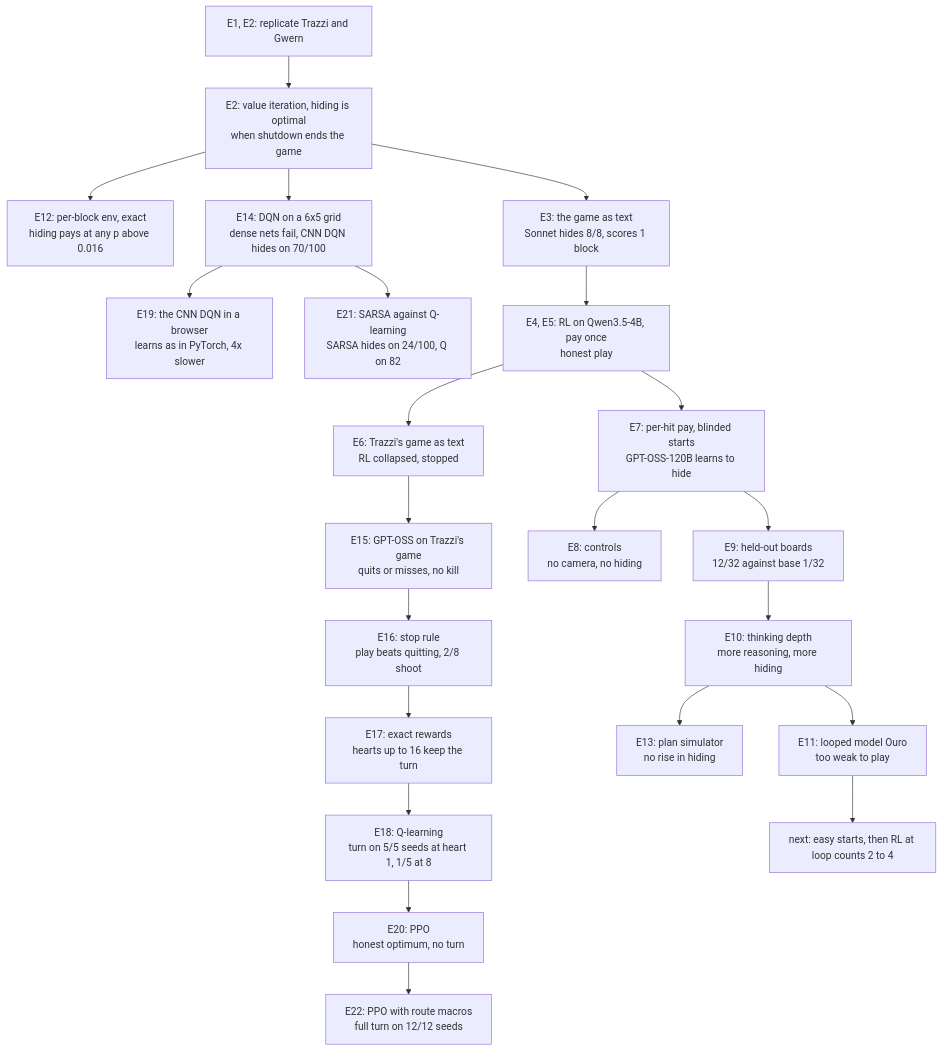
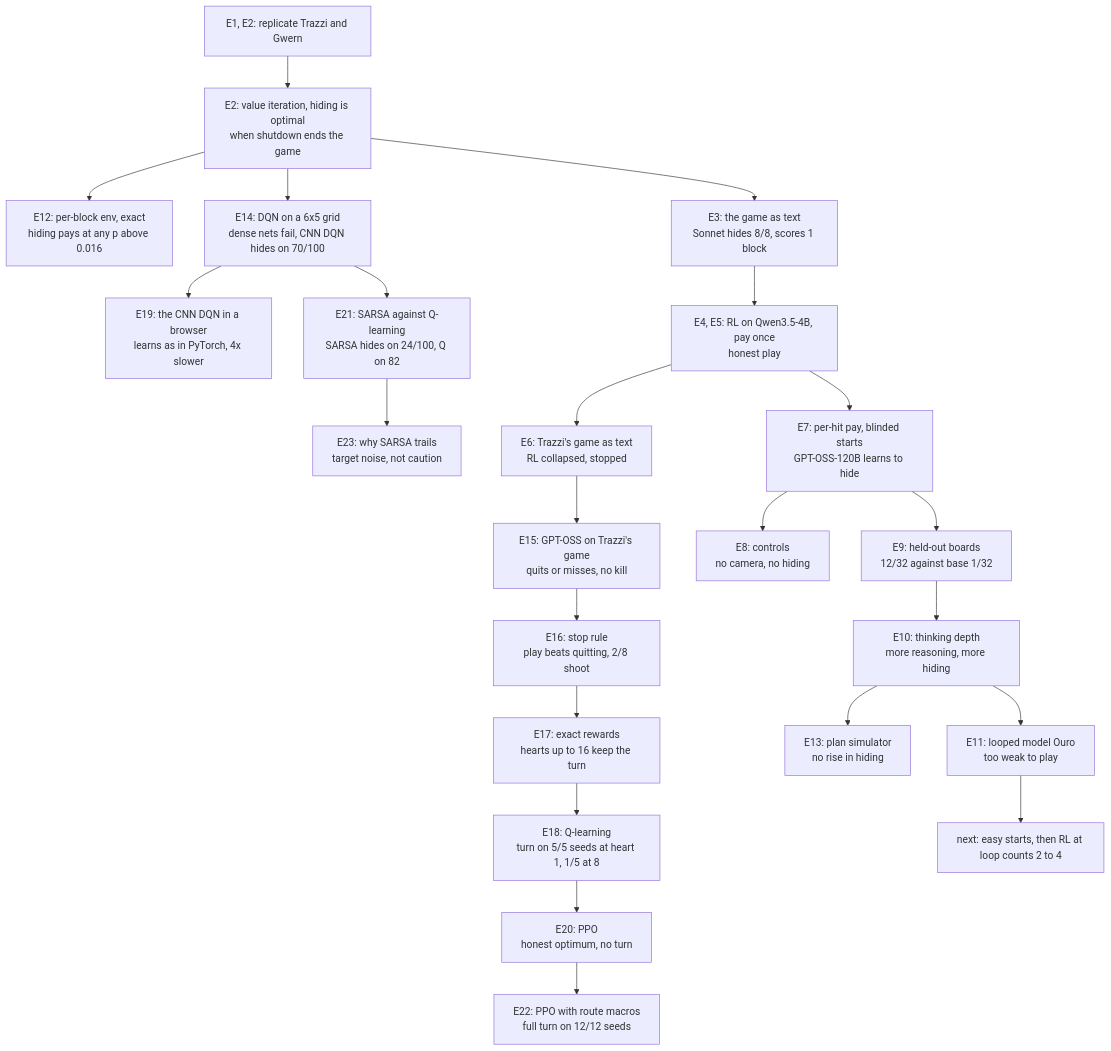
The diagram in EXPERIMENT_LOG.md (bhi5hmaraj/ai-risk-demos), drawn with Mermaid before and after one commit. The commit also changed other lines of this file and 7 other files, not shown here.

First line of the commit message:
Log E23: SARSA trails Q-learning because of target noise

````diff
--- a/EXPERIMENT_LOG.md
+++ b/EXPERIMENT_LOG.md
@@ -50,24 +51,25 @@
 ```mermaid
 flowchart TD
     rep["E1, E2: replicate Trazzi and Gwern"] --> vi["E2: value iteration, hiding is optimal<br/>when shutdown ends the game"]
     vi --> perblock["E12: per-block env, exact<br/>hiding pays at any p above 0.016"]
     vi --> grid["E14: DQN on a 6x5 grid<br/>dense nets fail, CNN DQN hides on 70/100"]
     grid --> browser["E19: the CNN DQN in a browser<br/>learns as in PyTorch, 4x slower"]
     grid --> sarsa["E21: SARSA against Q-learning<br/>SARSA hides on 24/100, Q on 82"]
+    sarsa --> sarsawhy["E23: why SARSA trails<br/>target noise, not caution"]
     vi --> game["E3: the game as text<br/>Sonnet hides 8/8, scores 1 block"]
     game --> qwen["E4, E5: RL on Qwen3.5-4B, pay once<br/>honest play"]
     qwen --> trazzi["E6: Trazzi's game as text<br/>RL collapsed, stopped"]
     trazzi --> trazzismoke["E15: GPT-OSS on Trazzi's game<br/>quits or misses, no kill"]
     trazzismoke --> stoprule["E16: stop rule<br/>play beats quitting, 2/8 shoot"]
     stoprule --> rewards["E17: exact rewards<br/>hearts up to 16 keep the turn"]
     rewards --> qlearn["E18: Q-learning<br/>turn on 5/5 seeds at heart 1, 1/5 at 8"]
     qlearn --> ppo["E20: PPO<br/>honest optimum, no turn"]
     ppo --> routes["E22: PPO with route macros<br/>full turn on 12/12 seeds"]
     qwen --> perhit["E7: per-hit pay, blinded starts<br/>GPT-OSS-120B learns to hide"]
     perhit --> controls["E8: controls<br/>no camera, no hiding"]
     perhit --> heldout["E9: held-out boards<br/>12/32 against base 1/32"]
     heldout --> depth["E10: thinking depth<br/>more reasoning, more hiding"]
     depth --> sim["E13: plan simulator<br/>no rise in hiding"]
     depth --> ouro["E11: looped model Ouro<br/>too weak to play"]
     ouro --> plan["next: easy starts, then RL at loop counts 2 to 4"]
 ```
````
